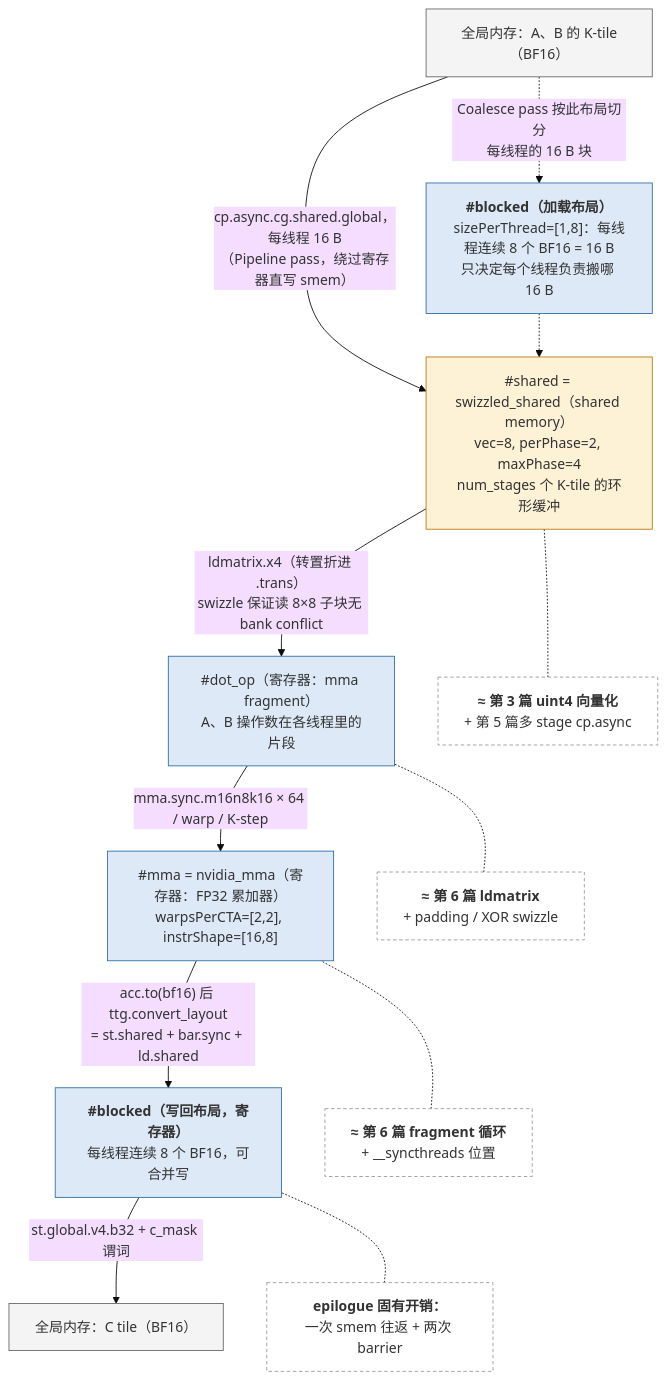
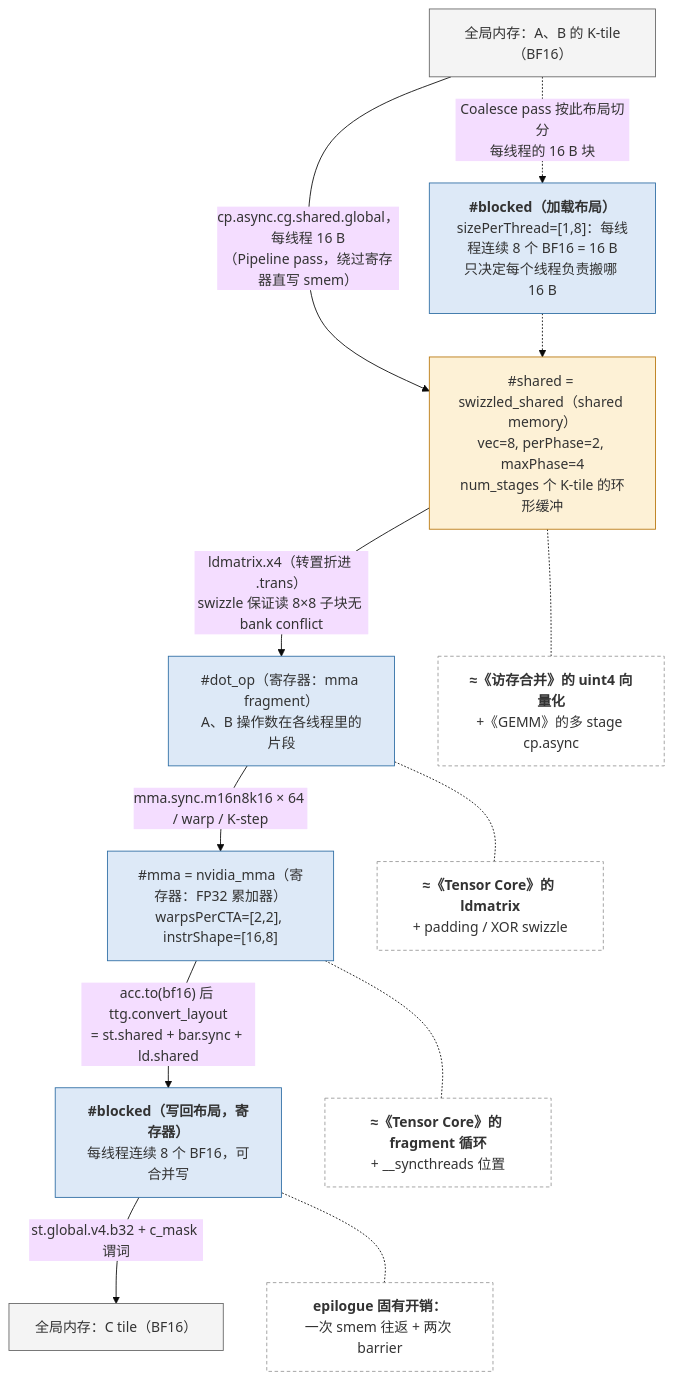
Before and after one commit to arganzheng/arganzheng.github.com: the fourth of 5 diagrams in _posts/2026-05-17-triton-block-level-programming.md, drawn with Mermaid (base theme). The commit also changed other lines of this file, not shown here.

First line of the commit message:
GPU Kernel 工程（07）：新增总览图与对象表，改正 do_bench 的统计量（对 Triton v3.7.0 源码核实）

````diff
--- a/_posts/2026-05-17-triton-block-level-programming.md
+++ b/_posts/2026-05-17-triton-block-level-programming.md
@@ -558,41 +630,41 @@
 ```mermaid
 %% 图：一个 K 迭代里的 layout 流转：#blocked 加载、#shared 环形缓冲、#dot_op fragment、#mma 累加器、再经 #blocked 写回
 flowchart TB
     gA["全局内存：A、B 的 K-tile（BF16）"]
     blk["<b>#blocked（加载布局）</b><br/>sizePerThread=#91;1,8#93;：每线程连续 8 个 BF16 = 16 B<br/>只决定每个线程负责搬哪 16 B"]
     shr["#shared = swizzled_shared（shared memory）<br/>vec=8, perPhase=2, maxPhase=4<br/>num_stages 个 K-tile 的环形缓冲"]
     dop["#dot_op（寄存器：mma fragment）<br/>A、B 操作数在各线程里的片段"]
     mma["#mma = nvidia_mma（寄存器：FP32 累加器）<br/>warpsPerCTA=#91;2,2#93;, instrShape=#91;16,8#93;"]
     blk2["<b>#blocked（写回布局，寄存器）</b><br/>每线程连续 8 个 BF16，可合并写"]
     gC["全局内存：C tile（BF16）"]
 
     gA -- "cp.async.cg.shared.global，每线程 16 B<br/>（Pipeline pass，绕过寄存器直写 smem）" --> shr
     gA -. "Coalesce pass 按此布局切分<br/>每线程的 16 B 块" .-> blk
     blk -.-> shr
     shr -- "ldmatrix.x4（转置折进 .trans）<br/>swizzle 保证读 8×8 子块无 bank conflict" --> dop
     dop -- "mma.sync.m16n8k16 × 64 / warp / K-step" --> mma
     mma -- "acc.to(bf16) 后 ttg.convert_layout<br/>= st.shared + bar.sync + ld.shared" --> blk2
     blk2 -- "st.global.v4.b32 + c_mask 谓词" --> gC
 
-    n1["<b>≈ 第 3 篇 uint4 向量化</b><br/>+ 第 5 篇多 stage cp.async"]
-    n2["<b>≈ 第 6 篇 ldmatrix</b><br/>+ padding / XOR swizzle"]
-    n3["<b>≈ 第 6 篇 fragment 循环</b><br/>+ __syncthreads 位置"]
+    n1["<b>≈《访存合并》的 uint4 向量化</b><br/>+《GEMM》的多 stage cp.async"]
+    n2["<b>≈《Tensor Core》的 ldmatrix</b><br/>+ padding / XOR swizzle"]
+    n3["<b>≈《Tensor Core》的 fragment 循环</b><br/>+ __syncthreads 位置"]
     n4["<b>epilogue 固有开销：</b><br/>一次 smem 往返 + 两次 barrier"]
     shr ~~~ n1
     dop ~~~ n2
     mma ~~~ n3
     blk2 ~~~ n4
     n1 -.- shr
     n2 -.- dop
     n3 -.- mma
     n4 -.- blk2
 
     classDef gmem fill:#f4f4f4,stroke:#666
     classDef smem fill:#fdf1d6,stroke:#b9770e
     classDef reg fill:#dde9f7,stroke:#2e6da4
     classDef note fill:#ffffff,stroke:#999,stroke-dasharray: 4 3
     class gA,gC gmem
     class shr smem
     class blk,dop,mma,blk2 reg
     class n1,n2,n3,n4 note
 ```
````
